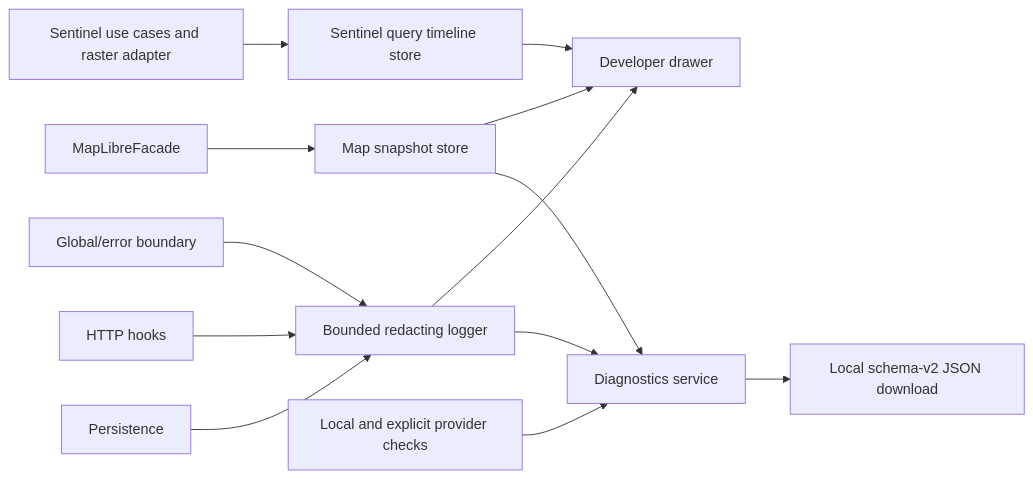
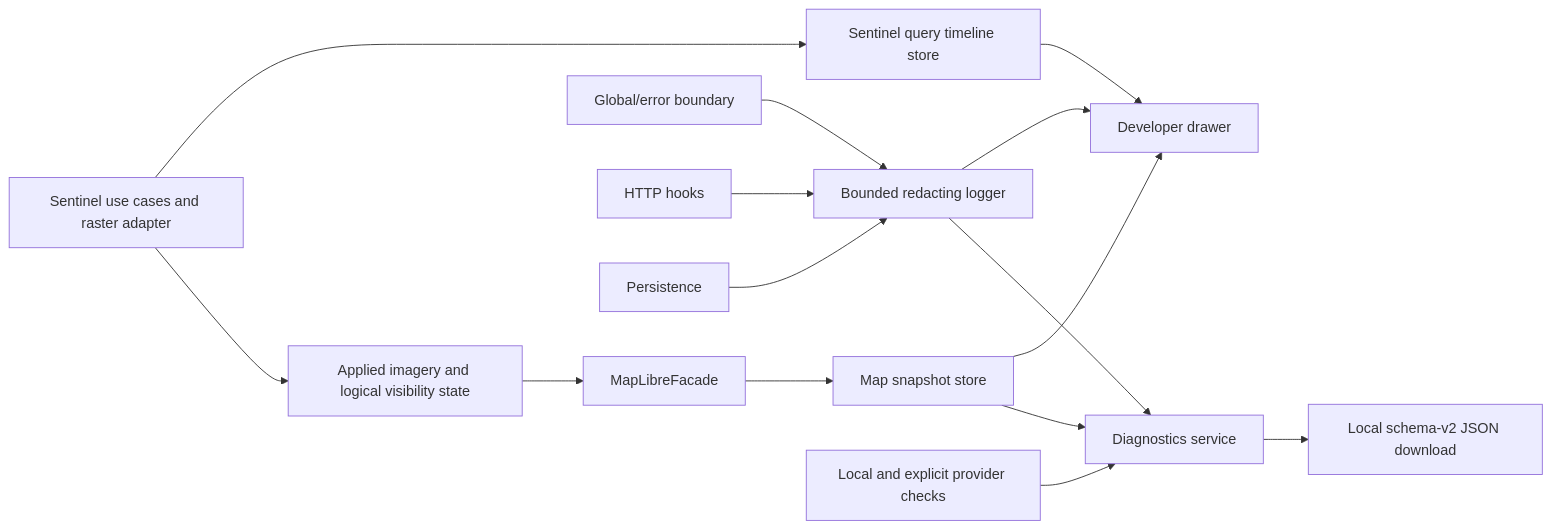
Before and after one commit to bogdandm/georgia-routing-planner: the third of 5 diagrams in docs/runtime-flows.md, drawn with Mermaid. The commit also changed other lines of this file and 15 other files, not shown here.

Commit message:
feat(map): render georeferenced Sentinel imagery

````diff
--- a/docs/runtime-flows.md
+++ b/docs/runtime-flows.md
@@ -101,15 +101,17 @@
 ```mermaid
 flowchart LR
   Map["MapLibreFacade"] --> Snapshot["Map snapshot store"]
   Browser["Global/error boundary"] --> Logger["Bounded redacting logger"]
   HTTP["HTTP hooks"] --> Logger
   Storage["Persistence"] --> Logger
   Sentinel["Sentinel use cases and raster adapter"] --> SentinelSnapshot["Sentinel query timeline store"]
+  Sentinel --> LayerState["Applied imagery and logical visibility state"]
+  LayerState --> Map
   SentinelSnapshot --> Drawer
   Snapshot --> Drawer["Developer drawer"]
   Logger --> Drawer
   Health["Local and explicit provider checks"] --> Diagnostics["Diagnostics service"]
   Snapshot --> Diagnostics
   Logger --> Diagnostics
   Diagnostics --> Bundle["Local schema-v2 JSON download"]
 ```
````
